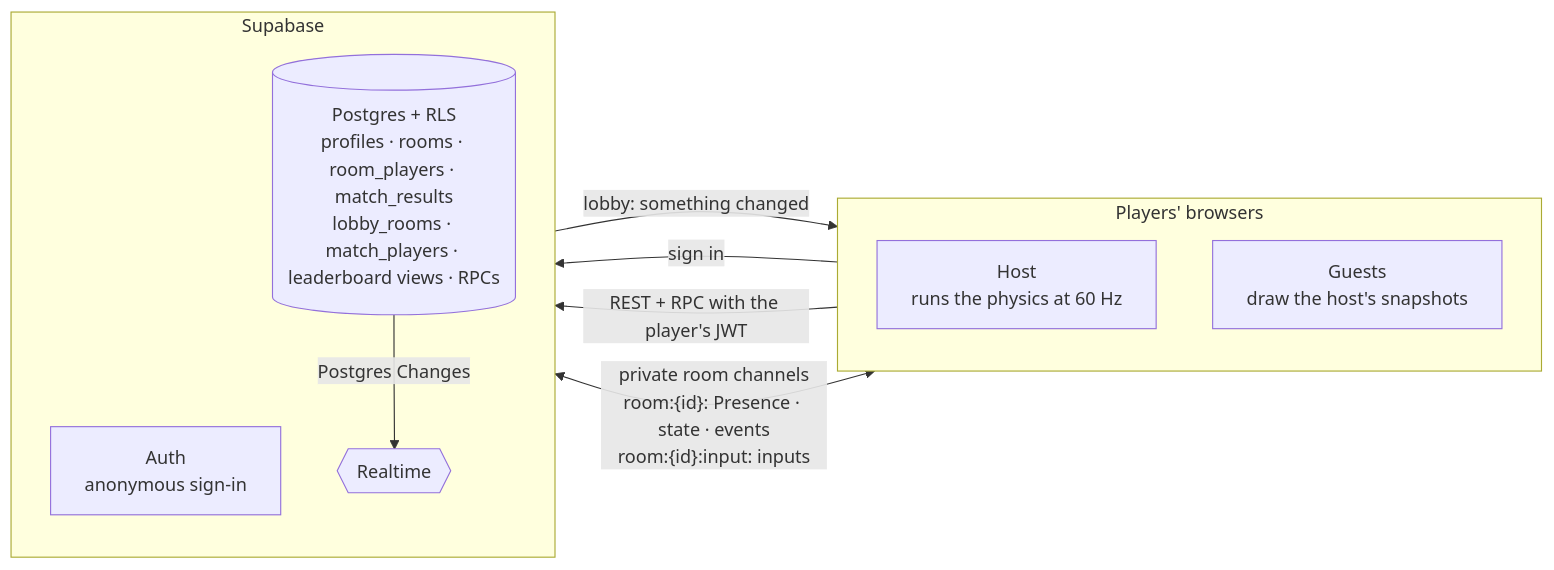
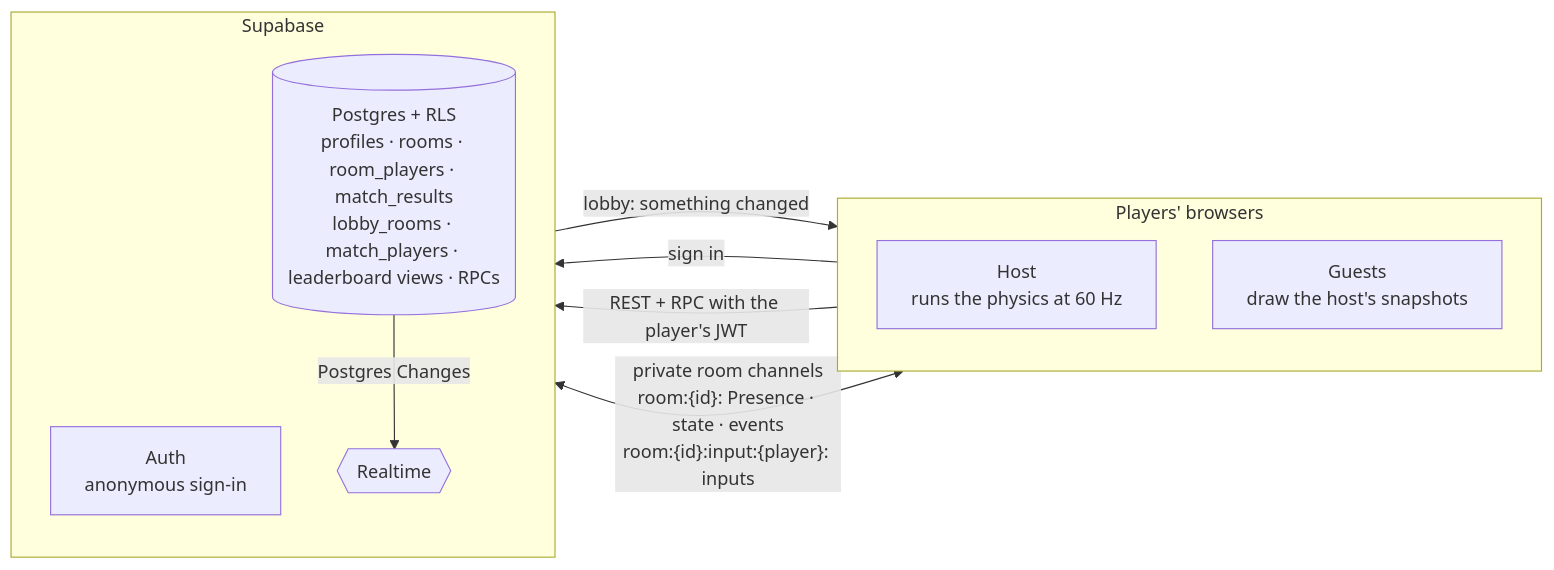
Before and after one commit to chryzmo/supapong: the first of 2 diagrams in README.md, drawn with Mermaid. The commit also changed other lines of this file and 9 other files, not shown here.

First line of the commit message:
Give each player their own input topic

````diff
--- a/README.md
+++ b/README.md
@@ -29,21 +29,21 @@
 ```mermaid
 flowchart LR
   subgraph B["Players' browsers"]
     direction TB
     H["Host<br/>runs the physics at 60 Hz"]
     G["Guests<br/>draw the host's snapshots"]
   end
 
   subgraph S["Supabase"]
     direction TB
     Auth["Auth<br/>anonymous sign-in"]
     DB[("Postgres + RLS<br/>profiles · rooms · room_players · match_results<br/>lobby_rooms · match_players · leaderboard views · RPCs")]
     RT{{"Realtime"}}
   end
 
   B -- "sign in" --> Auth
   B -- "REST + RPC with the player's JWT" --> DB
   DB -- "Postgres Changes" --> RT
   RT -- "lobby: something changed" --> B
-  B <-- "private room channels<br/>room:{id}: Presence · state · events<br/>room:{id}:input: inputs" --> RT
+  B <-- "private room channels<br/>room:{id}: Presence · state · events<br/>room:{id}:input:{player}: inputs" --> RT
 ```
````
